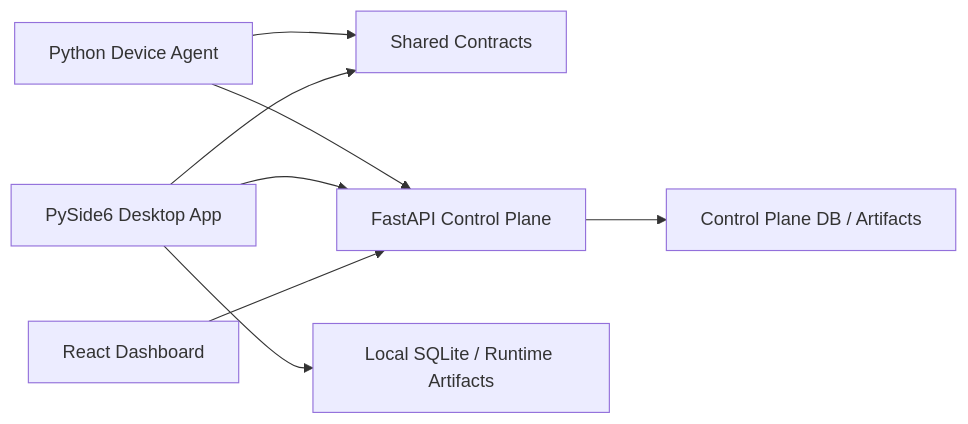
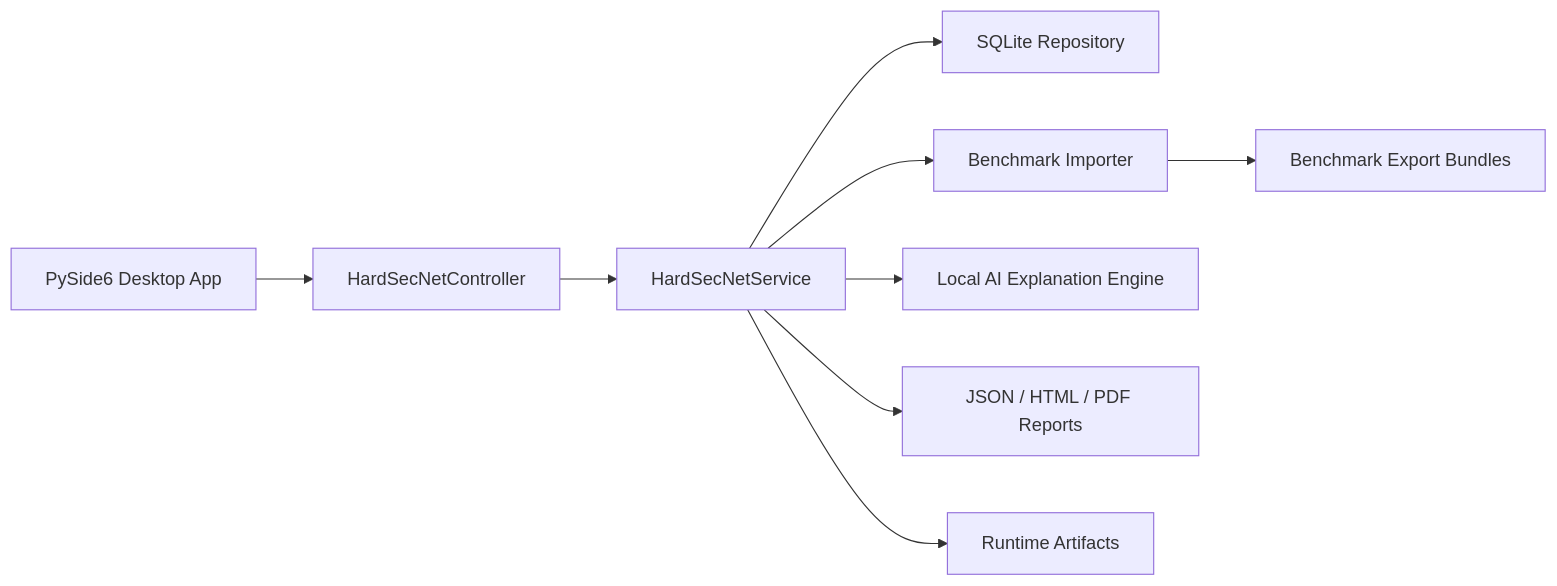
One commit to ExPl0iT-29/hardsecnet-pyside changed the diagram in docs/ARCHITECTURE_GUIDE.md. Above: the diagram before and after it, drawn with Mermaid. The commit also changed other lines of this file and 64 other files, not shown here.

````diff
--- a/docs/ARCHITECTURE_GUIDE.md
+++ b/docs/ARCHITECTURE_GUIDE.md
@@ -7,10 +8,11 @@
 ```mermaid
 flowchart LR
-    Desktop["PySide6 Desktop App"] --> Shared["Shared Contracts"]
-    Agent["Python Device Agent"] --> Shared
-    Dashboard["React Dashboard"] --> API["FastAPI Control Plane"]
-    Desktop --> API
-    Agent --> API
-    API --> DB["Control Plane DB / Artifacts"]
-    Desktop --> Local["Local SQLite / Runtime Artifacts"]
+    UI["PySide6 Desktop App"] --> Controller["HardSecNetController"]
+    Controller --> Service["HardSecNetService"]
+    Service --> Repo["SQLite Repository"]
+    Service --> Importer["Benchmark Importer"]
+    Service --> Agents["Local AI Explanation Engine"]
+    Service --> Reports["JSON / HTML / PDF Reports"]
+    Importer --> Exports["Benchmark Export Bundles"]
+    Service --> Runtime["Runtime Artifacts"]
 ```
````
